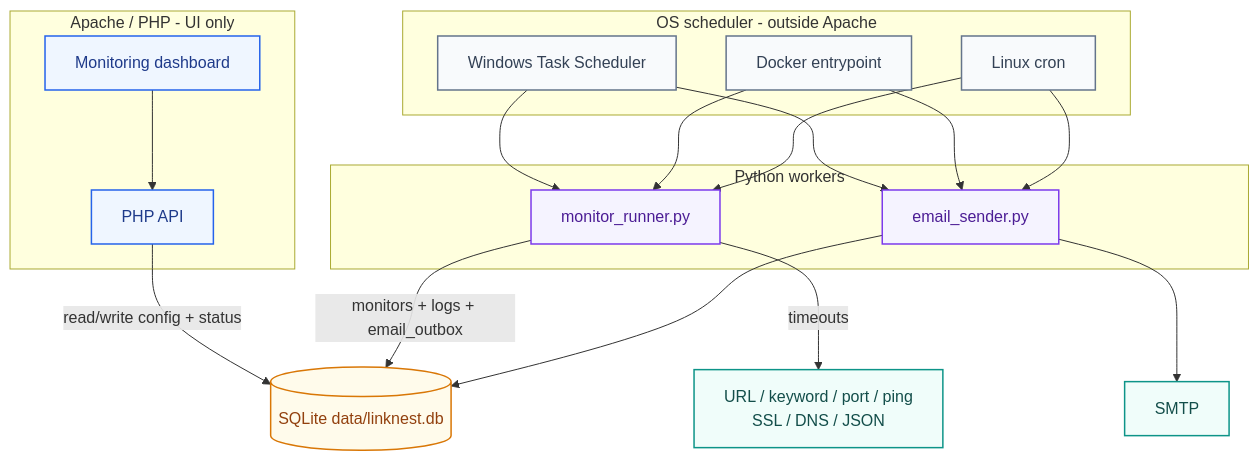
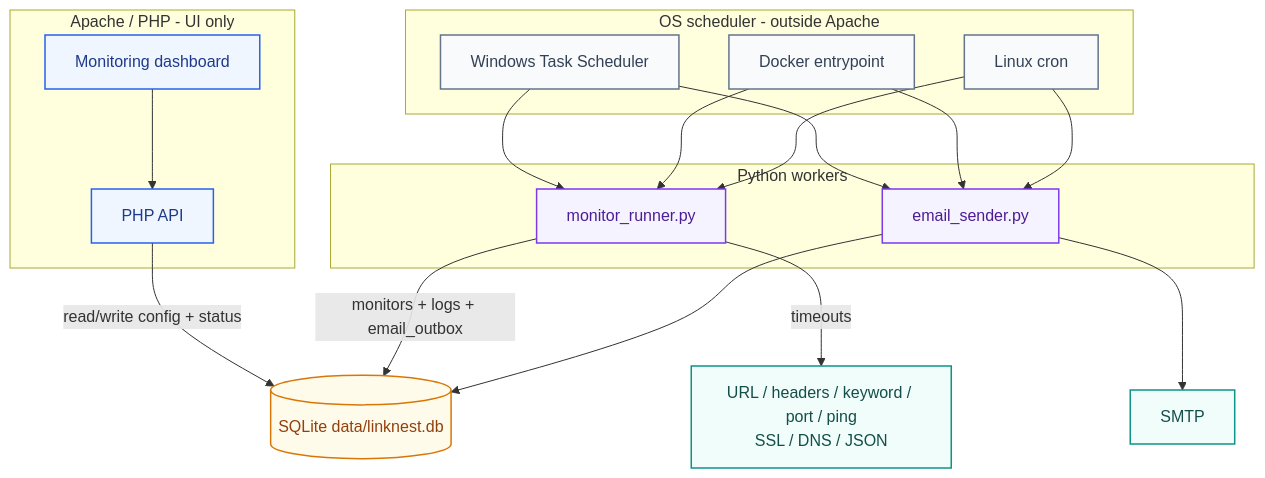
One commit to zafrullakhan001/linknest changed diagram 11 of 12 in docs/ARCHITECTURE.md. Above: the diagram before and after it, drawn with Mermaid. The commit also changed 13 other files, not shown here.

````diff
--- a/docs/ARCHITECTURE.md
+++ b/docs/ARCHITECTURE.md
@@ -393,47 +393,47 @@
 ```mermaid
 flowchart TB
   subgraph ApacheUI["Apache / PHP - UI only"]
     Dash["Monitoring dashboard"]
     API["PHP API"]
   end
 
   subgraph Sched["OS scheduler - outside Apache"]
     Win["Windows Task Scheduler"]
     Dock["Docker entrypoint"]
     Cron["Linux cron"]
   end
 
   subgraph Py["Python workers"]
     MR["monitor_runner.py"]
     ES["email_sender.py"]
   end
 
   DB[("SQLite data/linknest.db")]
-  Targets["URL / keyword / port / ping<br/>SSL / DNS / JSON"]
+  Targets["URL / headers / keyword / port / ping<br/>SSL / DNS / JSON"]
   SMTP["SMTP"]
 
   Dash --> API
   API -->|"read/write config + status"| DB
   Win --> MR
   Win --> ES
   Dock --> MR
   Dock --> ES
   Cron --> MR
   Cron --> ES
   MR -->|"timeouts"| Targets
   MR -->|"monitors + logs + email_outbox"| DB
   ES --> DB
   ES --> SMTP
 
   classDef ui fill:#EFF6FF,stroke:#2563EB,color:#1E3A8A,stroke-width:1.5px
   classDef sched fill:#F8FAFC,stroke:#64748B,color:#334155,stroke-width:1.5px
   classDef work fill:#F5F3FF,stroke:#7C3AED,color:#4C1D95,stroke-width:1.5px
   classDef data fill:#FFFBEB,stroke:#D97706,color:#92400E,stroke-width:1.5px
   classDef ext fill:#F0FDFA,stroke:#0D9488,color:#134E4A,stroke-width:1.5px
 
   class Dash,API ui
   class Win,Dock,Cron sched
   class MR,ES work
   class DB data
   class Targets,SMTP ext
 ```
````
